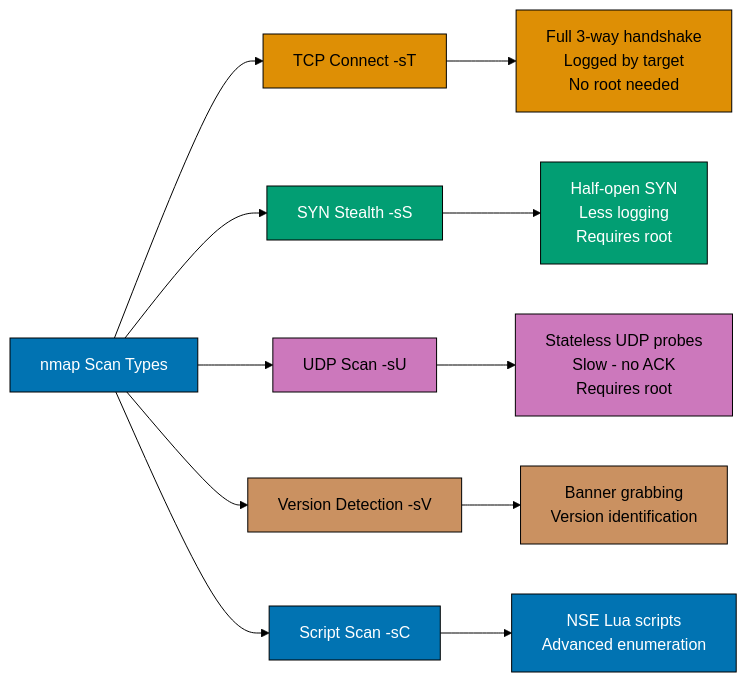
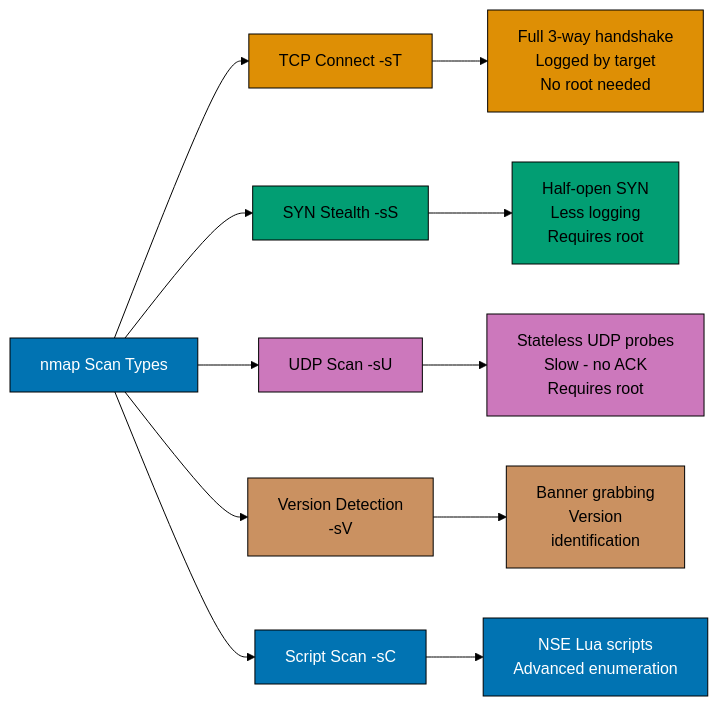
Before and after one commit to wahidyankf/ose-public: the second of 3 diagrams in apps/ayokoding-www/content/en/learn/legacy/information-security/tools/kali-linux/beginner.md, drawn with Mermaid (forest theme). The commit also changed other lines of this file and 50 other files, not shown here.

First line of the commit message:
fix(mermaid): bring the docs, governance, plans, and legacy AI diagrams onto the accessible palette

````diff
--- a/apps/ayokoding-www/content/en/learn/legacy/information-security/tools/kali-linux/beginner.md
+++ b/apps/ayokoding-www/content/en/learn/legacy/information-security/tools/kali-linux/beginner.md
@@ -94,27 +102,35 @@
 ```mermaid
 %% Color Palette: Blue #0173B2, Orange #DE8F05, Teal #029E73, Purple #CC78BC, Brown #CA9161
 flowchart LR
+    accTitle: Scan Types Compared
+    accDescr: Flowchart with 11 nodes and 10 connections. Nodes: nmap Scan Types, TCP Connect -sT, SYN Stealth -sS, UDP Scan -sU, Version Detection -sV, Script Scan -sC, Full 3-way handshake Logged by target No root needed, Half-open SYN Less logging Requires root, Stateless UDP probes Slow - no ACK Requires root, Banner grabbing Version identification, NSE Lua scripts Advanced enumeration. Connections: nmap Scan Types to TCP Connect -sT, nmap Scan Types to SYN Stealth -sS, nmap Scan Types to UDP Scan -sU, nmap Scan Types to Version Detection -sV, nmap Scan Types to Script Scan -sC, TCP Connect -sT to Full 3-way handshake Logged by target No root needed, SYN Stealth -sS to Half-open SYN Less logging Requires root, UDP Scan -sU to Stateless UDP probes Slow - no ACK Requires root, Version Detection -sV to Banner grabbing Version identification, Script Scan -sC to NSE Lua scripts Advanced enumeration.
     A[nmap Scan Types] --> B[TCP Connect -sT]
     A --> C[SYN Stealth -sS]
     A --> D[UDP Scan -sU]
-    A --> E[Version Detection -sV]
+    A --> E[Version Detection<br/>-sV]
     A --> F[Script Scan -sC]
 
-    B --> G[Full 3-way handshake\nLogged by target\nNo root needed]
-    C --> H[Half-open SYN\nLess logging\nRequires root]
-    D --> I[Stateless UDP probes\nSlow - no ACK\nRequires root]
-    E --> J[Banner grabbing\nVersion identification]
-    F --> K[NSE Lua scripts\nAdvanced enumeration]
+    B --> G[Full 3-way handshake<br/>Logged by target<br/>No root needed]
+    C --> H[Half-open SYN<br/>Less logging<br/>Requires root]
+    D --> I[Stateless UDP probes<br/>Slow - no ACK<br/>Requires root]
+    E --> J[Banner grabbing<br/>Version<br/>identification]
+    F --> K[NSE Lua scripts<br/>Advanced enumeration]
 
-    style A fill:#0173B2,stroke:#000,color:#fff
-    style B fill:#DE8F05,stroke:#000,color:#000
-    style C fill:#029E73,stroke:#000,color:#fff
-    style D fill:#CC78BC,stroke:#000,color:#000
-    style E fill:#CA9161,stroke:#000,color:#000
-    style F fill:#0173B2,stroke:#000,color:#fff
-    style G fill:#DE8F05,stroke:#000,color:#000
-    style H fill:#029E73,stroke:#000,color:#fff
-    style I fill:#CC78BC,stroke:#000,color:#000
-    style J fill:#CA9161,stroke:#000,color:#000
-    style K fill:#0173B2,stroke:#000,color:#fff
+    classDef pal-0173B2 fill:#0173B2,stroke:#000000,color:#FFFFFF
+    class A pal-0173B2
+    classDef pal-DE8F05 fill:#DE8F05,stroke:#000000,color:#000000
+    class B pal-DE8F05
+    classDef pal-029E73 fill:#029E73,stroke:#000000,color:#000000
+    class C pal-029E73
+    classDef pal-CC78BC fill:#CC78BC,stroke:#000000,color:#000000
+    class D pal-CC78BC
+    classDef pal-CA9161 fill:#CA9161,stroke:#000000,color:#000000
+    class E pal-CA9161
+    class F pal-0173B2
+    class G pal-DE8F05
+    class H pal-029E73
+    class I pal-CC78BC
+    class J pal-CA9161
+    class K pal-0173B2
+    classDef default fill:#FFFFFF,stroke:#000000,color:#000000
 ```
````
